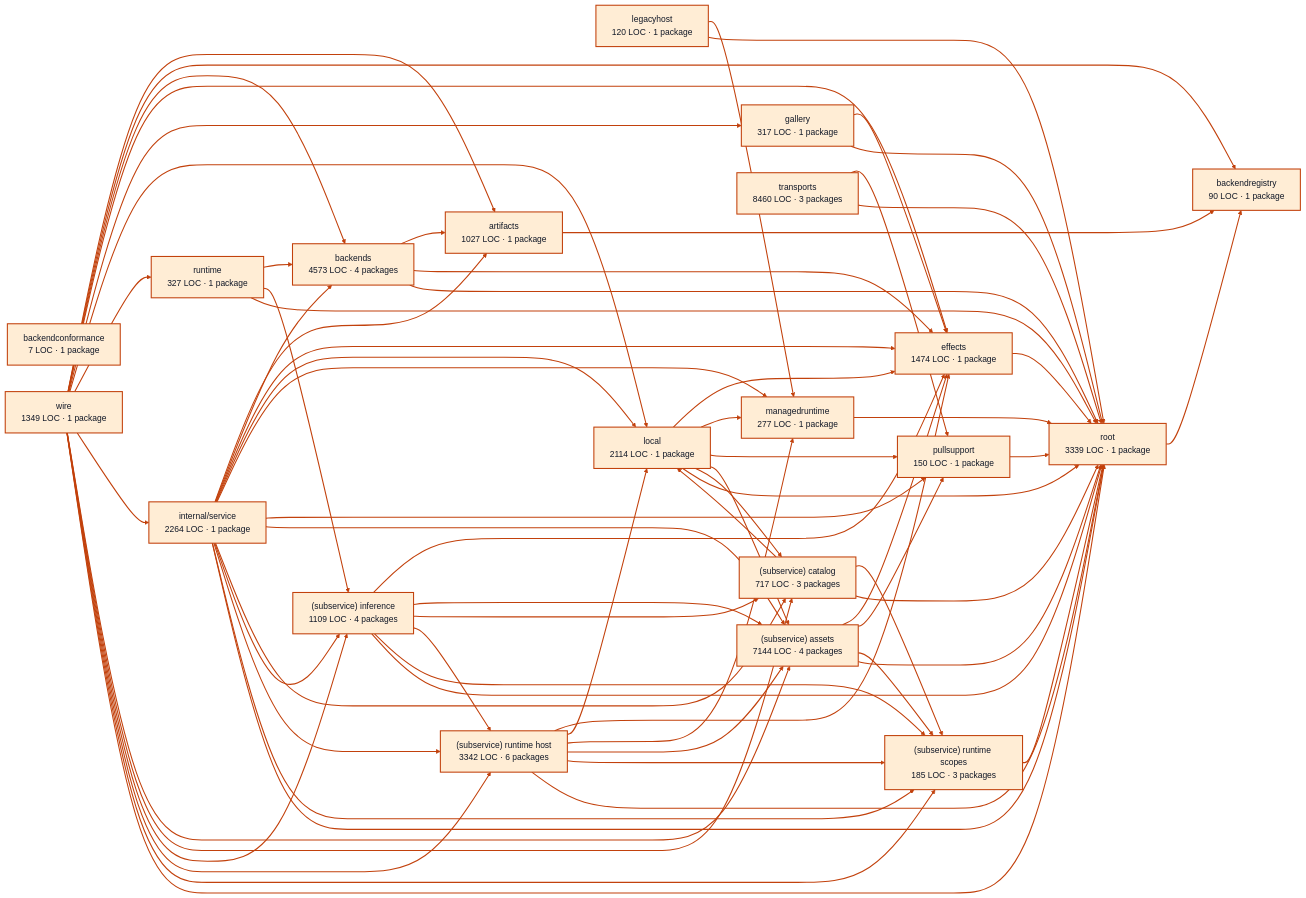
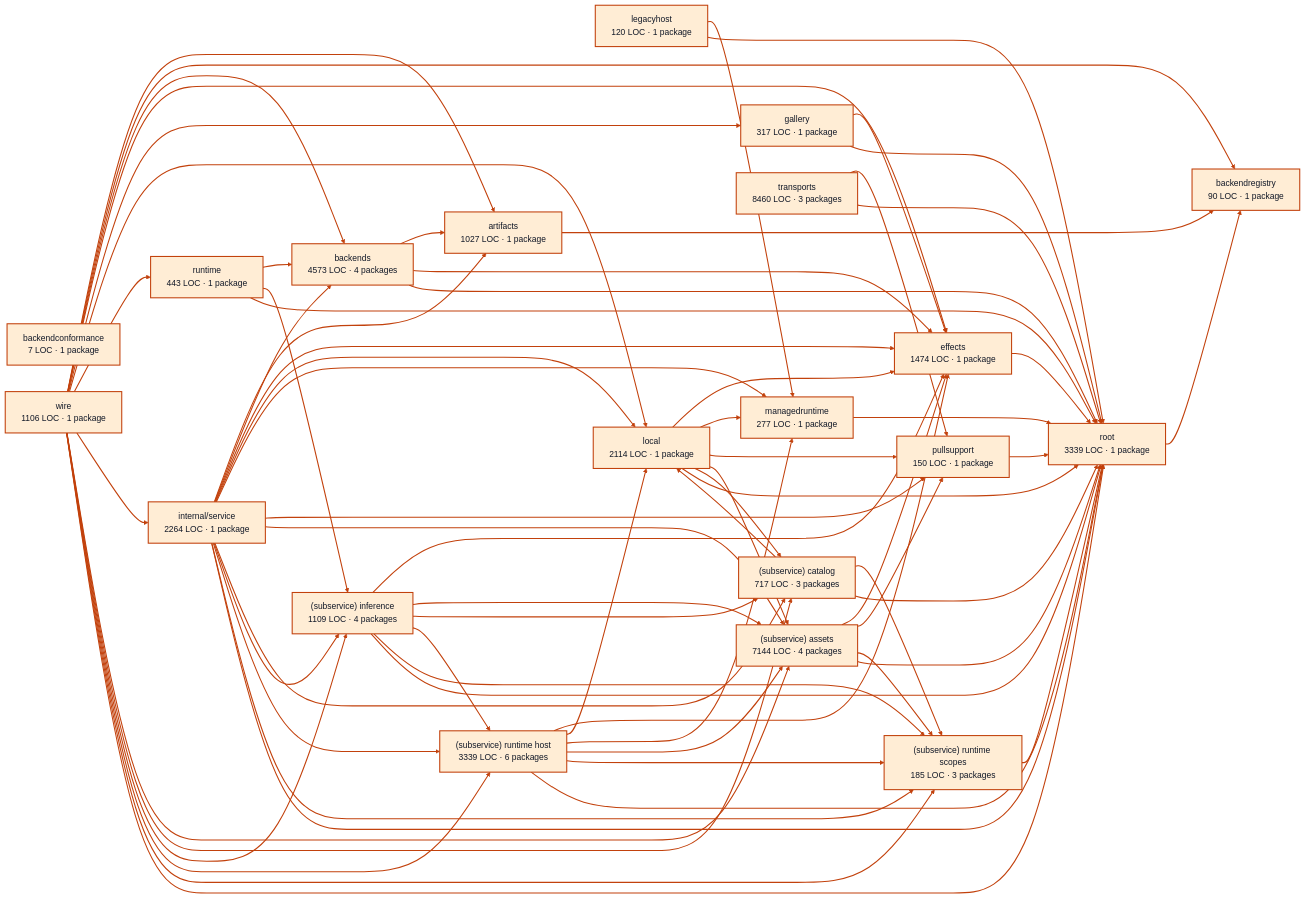
One commit to portpowered/you-agent-factory changed the diagram in docs/architecture/visualizations/services/models.md. Above: the diagram before and after it, drawn with Mermaid. The commit also changed other lines of this file and 20 other files, not shown here.

Commit message:
docs: refresh backend architecture visualizations

```diff
--- a/docs/architecture/visualizations/services/models.md
+++ b/docs/architecture/visualizations/services/models.md
@@ -20,16 +20,16 @@
   p7["local<br/>2114 LOC · 1 package"]
   p8["managedruntime<br/>277 LOC · 1 package"]
   p9["pullsupport<br/>150 LOC · 1 package"]
-  p10["runtime<br/>327 LOC · 1 package"]
+  p10["runtime<br/>443 LOC · 1 package"]
   p11["internal/service<br/>2264 LOC · 1 package"]
   p12["(subservice) assets<br/>7144 LOC · 4 packages"]
   p13["(subservice) catalog<br/>717 LOC · 3 packages"]
   p14["(subservice) inference<br/>1109 LOC · 4 packages"]
-  p15["(subservice) runtime host<br/>3342 LOC · 6 packages"]
+  p15["(subservice) runtime host<br/>3339 LOC · 6 packages"]
   p16["(subservice) runtime scopes<br/>185 LOC · 3 packages"]
   p17["root<br/>3339 LOC · 1 package"]
   p18["transports<br/>8460 LOC · 3 packages"]
-  p19["wire<br/>1349 LOC · 1 package"]
+  p19["wire<br/>1106 LOC · 1 package"]
   p0 --> p2
   p3 --> p0
   p3 --> p4
```
